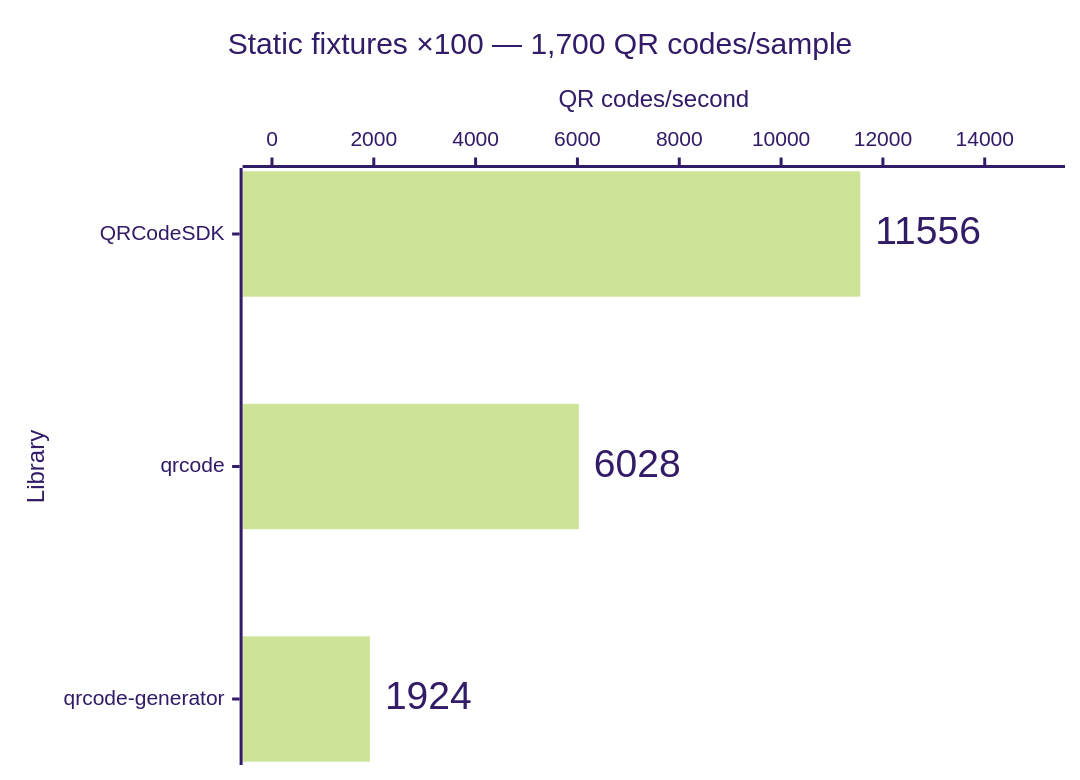
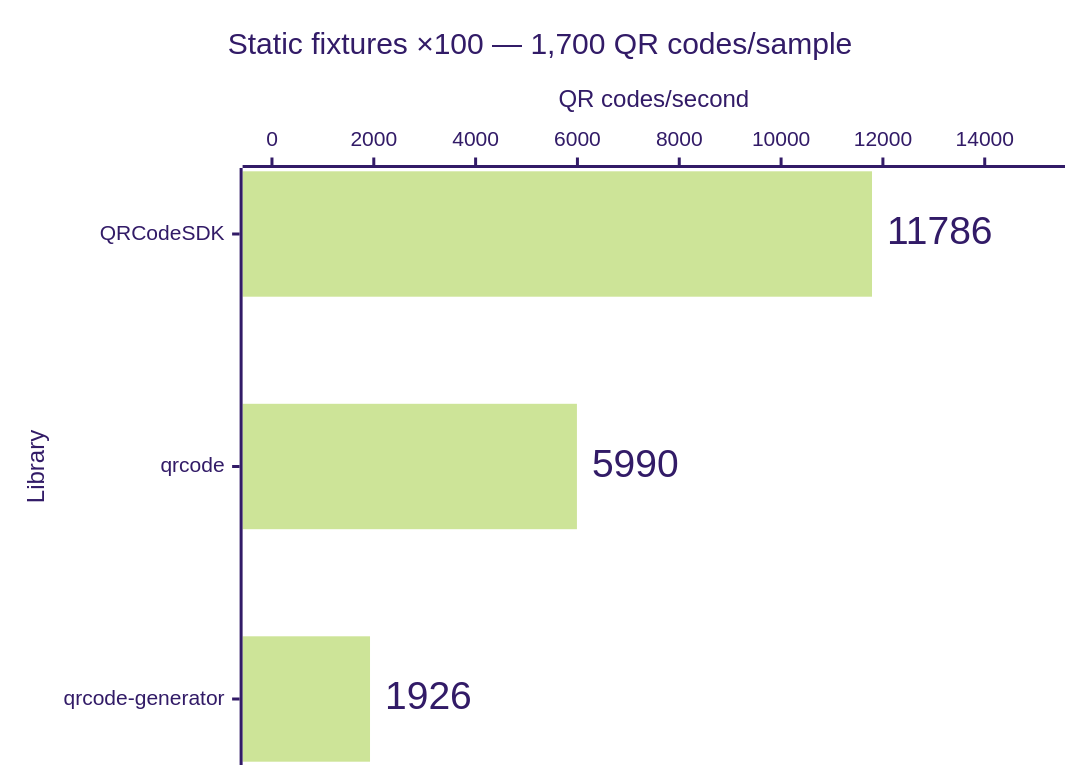
One commit to Dafnik/qrcodesdk changed the third of 14 diagrams in apps/docs/src/content/docs/learn/performance.md. Above: the diagram before and after it, drawn with Mermaid (forest theme). The commit also changed other lines of this file and 381 other files, not shown here.

````diff
--- a/apps/docs/src/content/docs/learn/performance.md
+++ b/apps/docs/src/content/docs/learn/performance.md
@@ -61,15 +61,15 @@
 ```mermaid
 ---
 config:
   xyChart:
     showDataLabel: true
     showDataLabelOutsideBar: true
 ---
 xychart horizontal
   accTitle: Matrix generation: Static fixtures ×100 — 1,700 QR codes/sample
-  accDescr: Throughput calculated from median time. QRCodeSDK 11,556 QR codes per second, qrcode 6,028 QR codes per second, qrcode-generator 1,924 QR codes per second. Higher is better.
+  accDescr: Throughput calculated from median time. QRCodeSDK 11,786 QR codes per second, qrcode 5,990 QR codes per second, qrcode-generator 1,926 QR codes per second. Higher is better.
   title "Static fixtures ×100 — 1,700 QR codes/sample"
   x-axis "Library" ["QRCodeSDK", "qrcode", "qrcode-generator"]
   y-axis "QR codes/second" 0 --> 15000
-  bar [11556, 6028, 1924]
+  bar [11786, 5990, 1926]
 ```
````
